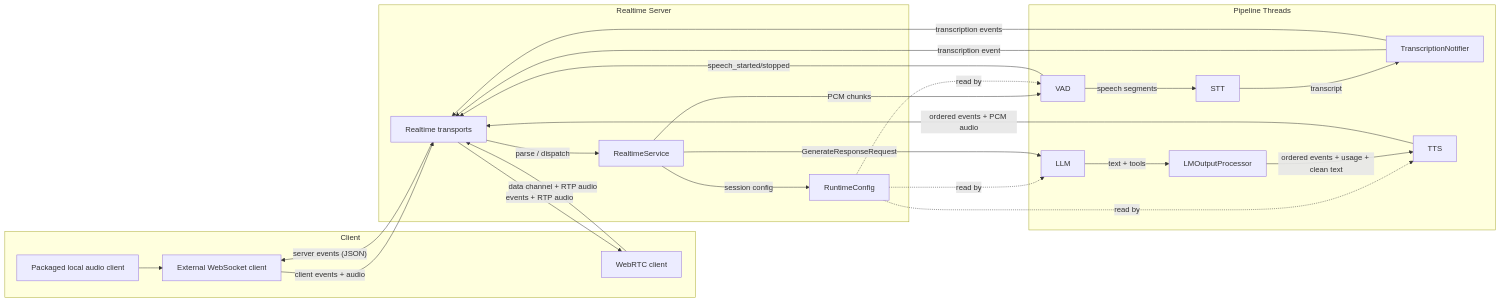
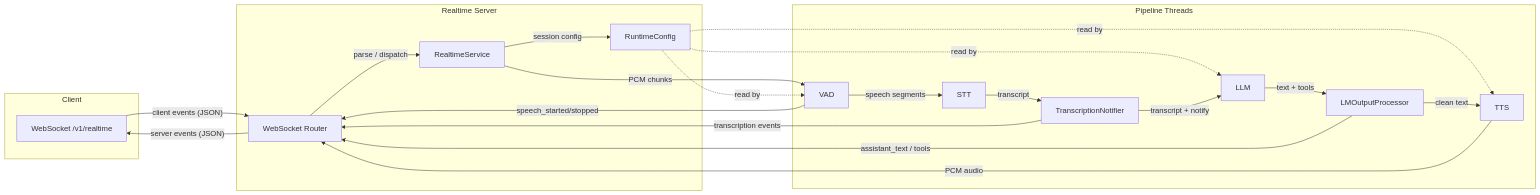
Before and after one commit to iansmith/speech-to-speech: the first of 2 diagrams in src/speech_to_speech/api/openai_realtime/README.md, drawn with Mermaid. The commit also changed other lines of this file and 186 other files, not shown here.

````diff
--- a/src/speech_to_speech/api/openai_realtime/README.md
+++ b/src/speech_to_speech/api/openai_realtime/README.md
@@ -7,42 +5,37 @@
 ```mermaid
 flowchart LR
     subgraph client [Client]
-        Local["Packaged local audio client"]
-        WS["External WebSocket client"]
-        RTC["WebRTC client"]
+        WS["WebSocket /v1/realtime"]
     end
 
     subgraph server [Realtime Server]
-        Router["Realtime transports"]
+        Router["WebSocket Router"]
         Service["RealtimeService"]
         Config["RuntimeConfig"]
     end
 
     subgraph pipeline [Pipeline Threads]
         VAD["VAD"]
         STT["STT"]
         TN["TranscriptionNotifier"]
         LLM["LLM"]
         Proc["LMOutputProcessor"]
         TTS["TTS"]
     end
 
-    Local --> WS
-    WS -- "client events + audio" --> Router
-    RTC -- "data channel + RTP audio" --> Router
+    WS -- "client events (JSON)" --> Router
     Router -- "parse / dispatch" --> Service
     Service -- "PCM chunks" --> VAD
     Service -- "session config" --> Config
     Config -. "read by" .-> VAD & LLM & TTS
     VAD -- "speech segments" --> STT
     STT -- "transcript" --> TN
-    TN -- "transcription event" --> Router
-    Service -- "GenerateResponseRequest" --> LLM
+    TN -- "transcript + notify" --> LLM
     LLM -- "text + tools" --> Proc
-    Proc -- "ordered events + usage + clean text" --> TTS
-    TTS -- "ordered events + PCM audio" --> Router
+    Proc -- "clean text" --> TTS
+    TTS -- "PCM audio" --> Router
+    Proc -- "assistant_text / tools" --> Router
     VAD -- "speech_started/stopped" --> Router
     TN -- "transcription events" --> Router
     Router -- "server events (JSON)" --> WS
-    Router -- "events + RTP audio" --> RTC
 ```
````
